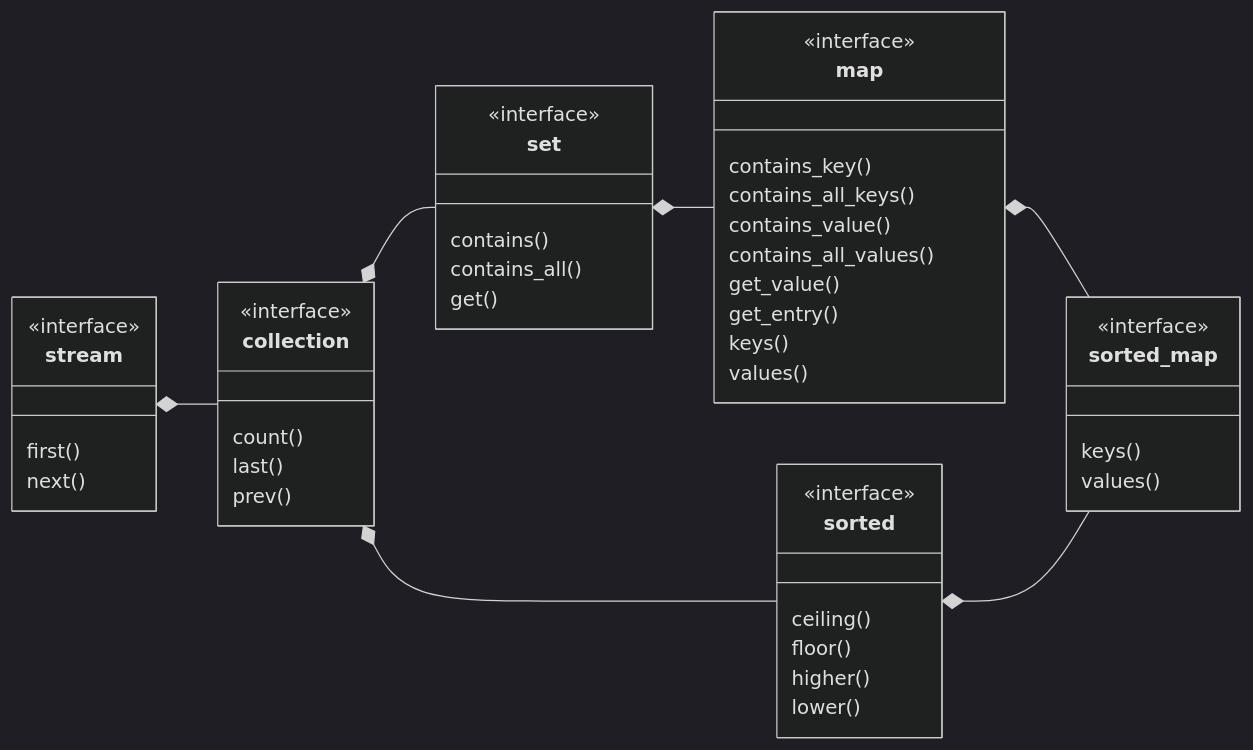
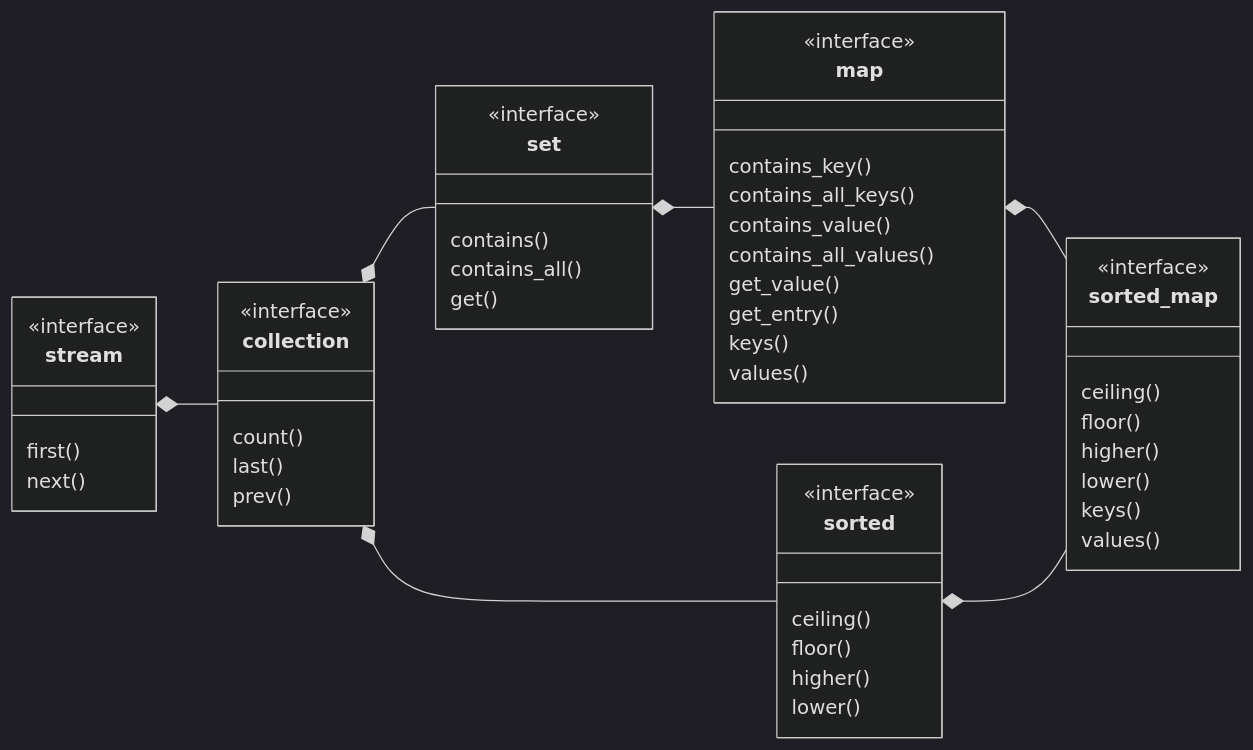
The diagram in doc/sorted_map.md (pretore/aquarium-butterflyfish), drawn with Mermaid (dark theme) before and after one commit. The commit also changed other lines of this file, not shown here.

Commit message:
- updated documentation for sorted_map

````diff
--- a/doc/sorted_map.md
+++ b/doc/sorted_map.md
@@ -3,50 +3,54 @@
 ```mermaid
 classDiagram
     direction LR
     class stream {
         first()
         next()
     }
     <<interface>> stream
     class collection {
         count()
         last()
         prev()
     }
     <<interface>> collection
     stream *-- collection
     class sorted {
         ceiling()
         floor()
         higher()
         lower()
     }
     <<interface>> sorted
     collection *-- sorted
     class set {
         contains()
         contains_all()
         get()
     }
     <<interface>> set
     collection *-- set
     class map {
         contains_key()
         contains_all_keys()
         contains_value()
         contains_all_values()
         get_value()
         get_entry()
         keys()
         values()
     }
     <<interface>> map
     set *-- map
     class sorted_map {
+        ceiling()
+        floor()
+        higher()
+        lower()
         keys()
         values()
     }
     <<interface>> sorted_map
     map *-- sorted_map
     sorted *-- sorted_map
 ```
````
